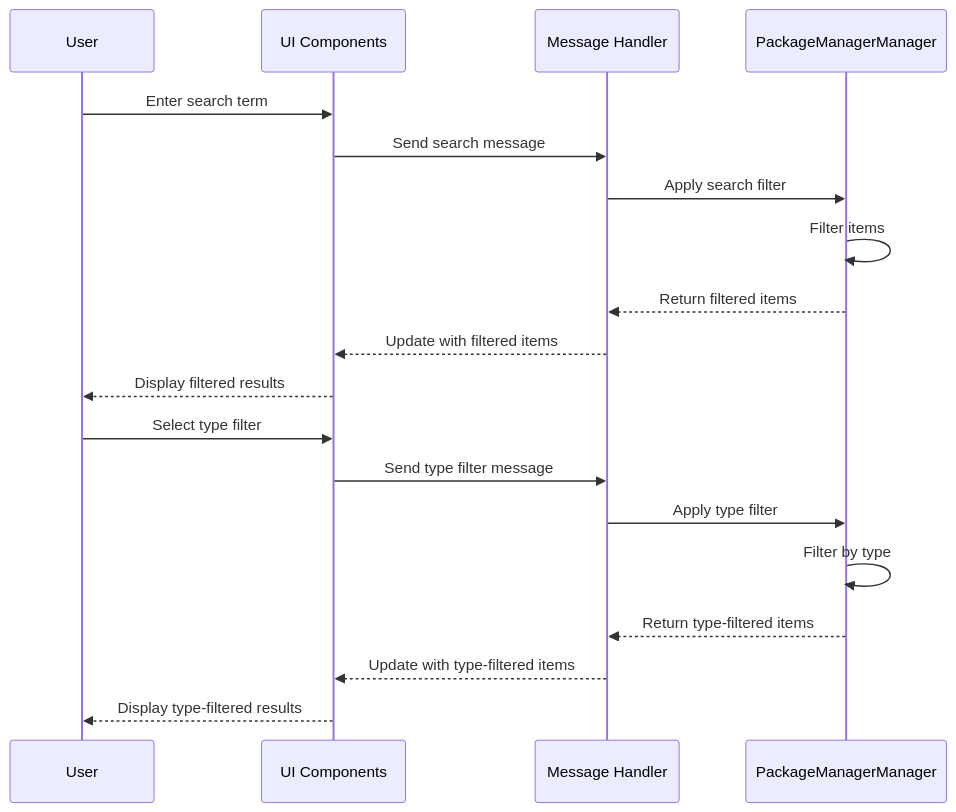
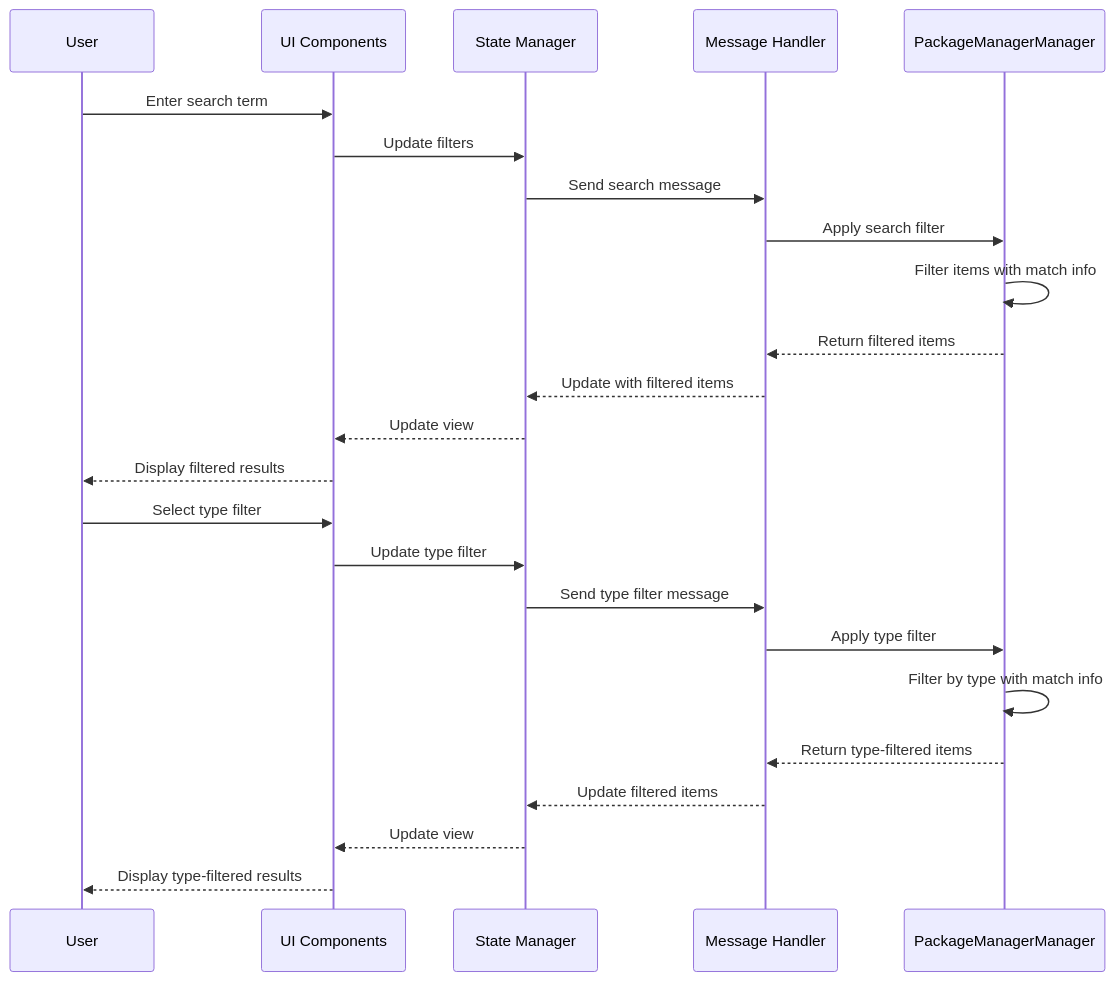
The fourth of 5 diagrams in cline_docs/package-manager/implementation/01-architecture.md (Smartsheet-JB-Brown/Roo-Code), drawn with Mermaid before and after one commit. The commit also changed other lines of this file and 3 other files, not shown here.

````diff
--- a/cline_docs/package-manager/implementation/01-architecture.md
+++ b/cline_docs/package-manager/implementation/01-architecture.md
@@ -117,23 +127,28 @@
 ```mermaid
 sequenceDiagram
     participant User
     participant UI as UI Components
+    participant State as State Manager
     participant MH as Message Handler
     participant PM as PackageManagerManager
 
     User->>UI: Enter search term
-    UI->>MH: Send search message
+    UI->>State: Update filters
+    State->>MH: Send search message
     MH->>PM: Apply search filter
-    PM->>PM: Filter items
+    PM->>PM: Filter items with match info
     PM-->>MH: Return filtered items
-    MH-->>UI: Update with filtered items
+    MH-->>State: Update with filtered items
+    State-->>UI: Update view
     UI-->>User: Display filtered results
 
     User->>UI: Select type filter
-    UI->>MH: Send type filter message
+    UI->>State: Update type filter
+    State->>MH: Send type filter message
     MH->>PM: Apply type filter
-    PM->>PM: Filter by type
+    PM->>PM: Filter by type with match info
     PM-->>MH: Return type-filtered items
-    MH-->>UI: Update with type-filtered items
+    MH-->>State: Update filtered items
+    State-->>UI: Update view
     UI-->>User: Display type-filtered results
 ```
````
